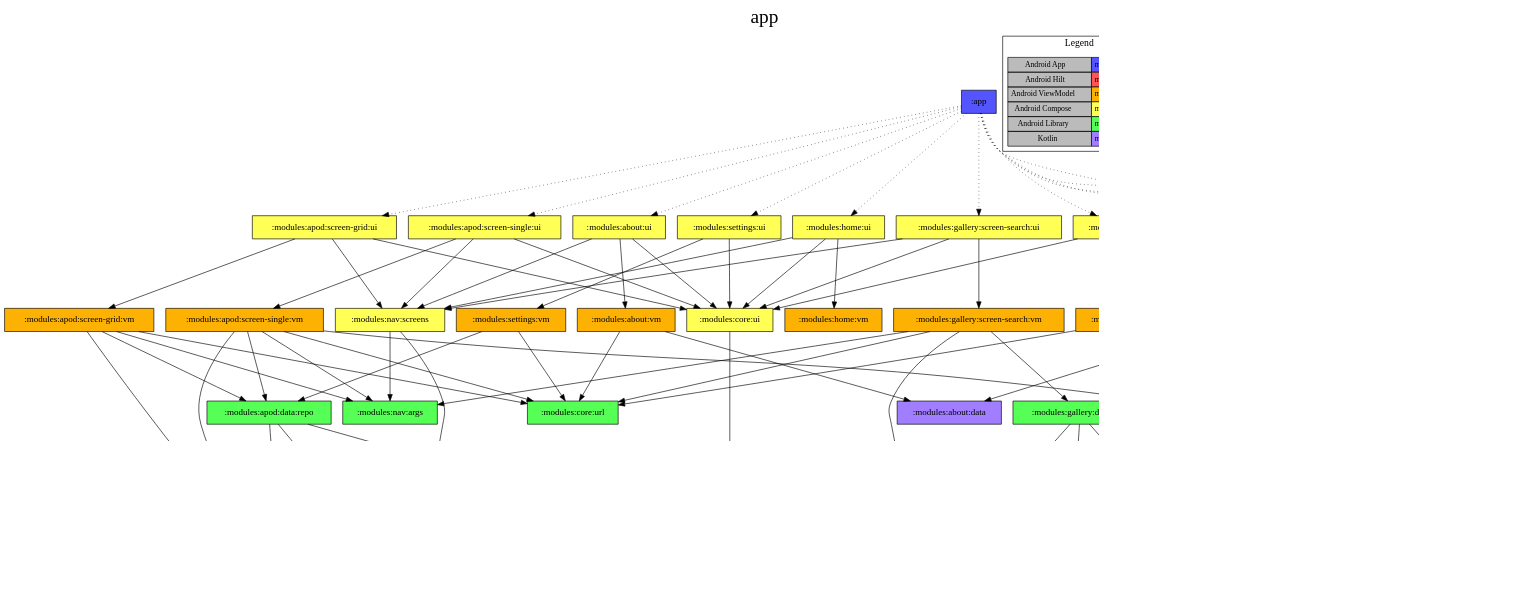
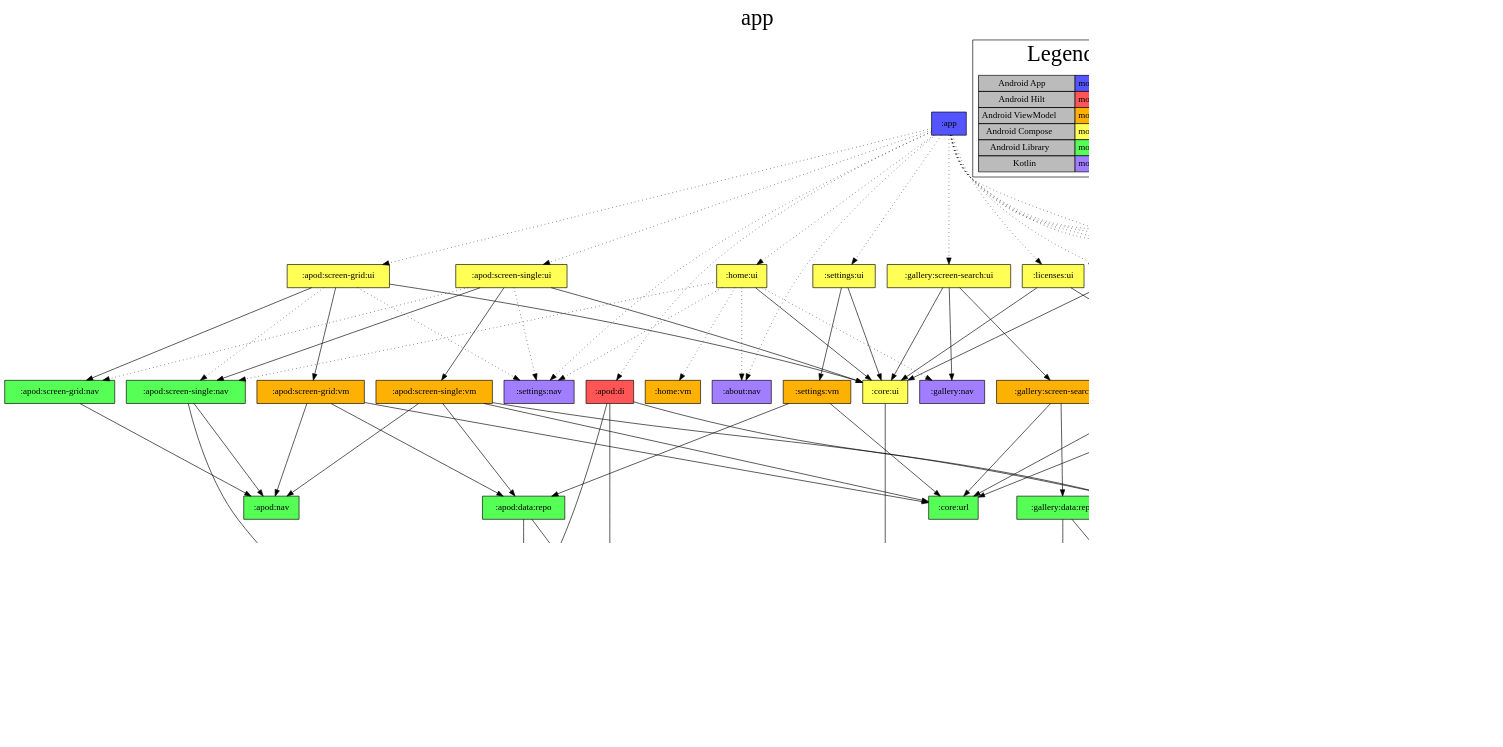
Before and after one commit to jonapoul/nasa-android: the diagram in app/project-dependency-graph.dot, drawn with Graphviz. The commit also changed 62 other files, not shown here.

```diff
--- a/app/project-dependency-graph.dot
+++ b/app/project-dependency-graph.dot
@@ -1,132 +1,144 @@
 digraph {
 edge ["dir"="forward"]
-graph ["dpi"="100","label"="app","labelloc"="t","fontsize"="30","ranksep"="1.5"]
-node ["style"="filled"]
-":app" ["shape"="box","fillcolor"="#5555FF"]
-":modules:about:di" ["fillcolor"="#FF5555","shape"="box"]
-":modules:about:data" ["fillcolor"="#A17EFF","shape"="box"]
-":modules:core:http" ["fillcolor"="#A17EFF","shape"="box"]
-":modules:about:ui" ["fillcolor"="#FFFF55","shape"="box"]
-":modules:about:vm" ["fillcolor"="#FCB103","shape"="box"]
-":modules:core:url" ["fillcolor"="#55FF55","shape"="box"]
-":modules:core:ui" ["fillcolor"="#FFFF55","shape"="box"]
-":modules:core:model" ["fillcolor"="#A17EFF","shape"="box"]
-":modules:nav:screens" ["fillcolor"="#FFFF55","shape"="box"]
-":modules:apod:model" ["fillcolor"="#A17EFF","shape"="box"]
-":modules:nav:args" ["fillcolor"="#55FF55","shape"="box"]
-":modules:apod:di" ["fillcolor"="#FF5555","shape"="box"]
-":modules:apod:data:api" ["fillcolor"="#A17EFF","shape"="box"]
-":modules:apod:data:db" ["fillcolor"="#55FF55","shape"="box"]
-":modules:apod:screen-grid:ui" ["fillcolor"="#FFFF55","shape"="box"]
-":modules:apod:screen-grid:vm" ["fillcolor"="#FCB103","shape"="box"]
-":modules:apod:data:repo" ["fillcolor"="#55FF55","shape"="box"]
-":modules:apod:screen-single:ui" ["fillcolor"="#FFFF55","shape"="box"]
-":modules:apod:screen-single:vm" ["fillcolor"="#FCB103","shape"="box"]
-":modules:gallery:di" ["fillcolor"="#FF5555","shape"="box"]
-":modules:gallery:data:api" ["fillcolor"="#A17EFF","shape"="box"]
-":modules:gallery:model" ["fillcolor"="#A17EFF","shape"="box"]
-":modules:gallery:data:db" ["fillcolor"="#55FF55","shape"="box"]
-":modules:gallery:screen-search:ui" ["fillcolor"="#FFFF55","shape"="box"]
-":modules:gallery:screen-search:vm" ["fillcolor"="#FCB103","shape"="box"]
-":modules:gallery:data:repo" ["fillcolor"="#55FF55","shape"="box"]
-":modules:home:ui" ["fillcolor"="#FFFF55","shape"="box"]
-":modules:home:vm" ["fillcolor"="#FCB103","shape"="box"]
-":modules:licenses:di" ["fillcolor"="#FF5555","shape"="box"]
-":modules:licenses:data" ["fillcolor"="#A17EFF","shape"="box"]
-":modules:licenses:ui" ["fillcolor"="#FFFF55","shape"="box"]
-":modules:licenses:vm" ["fillcolor"="#FCB103","shape"="box"]
-":modules:settings:ui" ["fillcolor"="#FFFF55","shape"="box"]
-":modules:settings:vm" ["fillcolor"="#FCB103","shape"="box"]
+graph ["dpi"="100","label"="app","labelloc"="t","fontsize"="35","ranksep"="2.0"]
+node ["style"="filled","shape"="box"]
+":app" ["shape"="rectangle","fillcolor"="#5555FF"]
+":about:di" ["fillcolor"="#FF5555"]
+":about:data" ["fillcolor"="#A17EFF"]
+":core:http" ["fillcolor"="#A17EFF"]
+":about:nav" ["fillcolor"="#A17EFF"]
+":about:ui" ["fillcolor"="#FFFF55"]
+":about:vm" ["fillcolor"="#FCB103"]
+":core:url" ["fillcolor"="#55FF55"]
+":core:ui" ["fillcolor"="#FFFF55"]
+":core:model" ["fillcolor"="#A17EFF"]
+":licenses:nav" ["fillcolor"="#A17EFF"]
+":apod:di" ["fillcolor"="#FF5555"]
+":apod:data:api" ["fillcolor"="#A17EFF"]
+":apod:model" ["fillcolor"="#A17EFF"]
+":apod:data:db" ["fillcolor"="#55FF55"]
+":apod:screen-grid:ui" ["fillcolor"="#FFFF55"]
+":apod:screen-grid:nav" ["fillcolor"="#55FF55"]
+":apod:nav" ["fillcolor"="#55FF55"]
+":apod:screen-grid:vm" ["fillcolor"="#FCB103"]
+":apod:data:repo" ["fillcolor"="#55FF55"]
+":apod:screen-single:nav" ["fillcolor"="#55FF55"]
+":settings:nav" ["fillcolor"="#A17EFF"]
+":apod:screen-single:ui" ["fillcolor"="#FFFF55"]
+":apod:screen-single:vm" ["fillcolor"="#FCB103"]
+":gallery:di" ["fillcolor"="#FF5555"]
+":gallery:data:api" ["fillcolor"="#A17EFF"]
+":gallery:model" ["fillcolor"="#A17EFF"]
+":gallery:data:db" ["fillcolor"="#55FF55"]
+":gallery:screen-search:ui" ["fillcolor"="#FFFF55"]
+":gallery:nav" ["fillcolor"="#A17EFF"]
+":gallery:screen-search:vm" ["fillcolor"="#FCB103"]
+":gallery:data:repo" ["fillcolor"="#55FF55"]
+":home:nav" ["fillcolor"="#A17EFF"]
+":home:ui" ["fillcolor"="#FFFF55"]
+":home:vm" ["fillcolor"="#FCB103"]
+":licenses:di" ["fillcolor"="#FF5555"]
+":licenses:data" ["fillcolor"="#A17EFF"]
+":licenses:ui" ["fillcolor"="#FFFF55"]
+":licenses:vm" ["fillcolor"="#FCB103"]
+":settings:ui" ["fillcolor"="#FFFF55"]
+":settings:vm" ["fillcolor"="#FCB103"]
 {
 edge ["dir"="none"]
 graph ["rank"="same"]
 ":app"
 }
 subgraph "cluster_legend" {
 edge ["dir"="none"]
-graph ["label"="Legend","fontsize"="15"]
-"Legend" ["style"="filled","fillcolor"="#bbbbbb","shape"="none","margin"="0","fontsize"="12","label"=<
+graph ["label"="Legend"]
+"Legend" ["style"="filled","fillcolor"="#bbbbbb","shape"="none","margin"="0","label"=<
 <TABLE BORDER="0" CELLBORDER="1" CELLSPACING="0" CELLPADDING="4">
 <TR><TD>Android App</TD><TD BGCOLOR="#5555FF">module-name</TD></TR>
 <TR><TD>Android Hilt</TD><TD BGCOLOR="#FF5555">module-name</TD></TR>
 <TR><TD>Android ViewModel</TD><TD BGCOLOR="#FCB103">module-name</TD></TR>
 <TR><TD>Android Compose</TD><TD BGCOLOR="#FFFF55">module-name</TD></TR>
 <TR><TD>Android Library</TD><TD BGCOLOR="#55FF55">module-name</TD></TR>
 <TR><TD>Kotlin</TD><TD BGCOLOR="#A17EFF">module-name</TD></TR>
 </TABLE>
 >]
 }
-":app" -> ":modules:about:di" ["style"="dotted"]
-":app" -> ":modules:about:ui" ["style"="dotted"]
-":app" -> ":modules:apod:di" ["style"="dotted"]
-":app" -> ":modules:apod:screen-grid:ui" ["style"="dotted"]
-":app" -> ":modules:apod:screen-single:ui" ["style"="dotted"]
-":app" -> ":modules:gallery:di" ["style"="dotted"]
-":app" -> ":modules:gallery:screen-search:ui" ["style"="dotted"]
-":app" -> ":modules:home:ui" ["style"="dotted"]
-":app" -> ":modules:licenses:di" ["style"="dotted"]
-":app" -> ":modules:licenses:ui" ["style"="dotted"]
-":app" -> ":modules:settings:ui" ["style"="dotted"]
-":modules:about:di" -> ":modules:about:data"
-":modules:about:di" -> ":modules:core:http"
-":modules:about:ui" -> ":modules:about:vm"
-":modules:about:ui" -> ":modules:core:ui"
-":modules:about:ui" -> ":modules:nav:screens"
-":modules:about:vm" -> ":modules:about:data"
-":modules:about:vm" -> ":modules:core:url"
-":modules:core:ui" -> ":modules:core:model"
-":modules:nav:screens" -> ":modules:apod:model"
-":modules:nav:screens" -> ":modules:nav:args"
-":modules:apod:di" -> ":modules:apod:data:api"
-":modules:apod:di" -> ":modules:apod:data:db"
-":modules:apod:di" -> ":modules:core:http"
-":modules:apod:data:api" -> ":modules:apod:model"
-":modules:apod:data:api" -> ":modules:core:model"
-":modules:apod:data:db" -> ":modules:apod:model"
-":modules:apod:screen-grid:ui" -> ":modules:apod:screen-grid:vm"
-":modules:apod:screen-grid:ui" -> ":modules:core:ui"
-":modules:apod:screen-grid:ui" -> ":modules:nav:screens"
-":modules:apod:screen-grid:vm" -> ":modules:apod:data:repo"
-":modules:apod:screen-grid:vm" -> ":modules:apod:model"
-":modules:apod:screen-grid:vm" -> ":modules:core:url"
-":modules:apod:screen-grid:vm" -> ":modules:nav:args"
-":modules:apod:data:repo" -> ":modules:apod:data:api"
-":modules:apod:data:repo" -> ":modules:apod:data:db"
-":modules:apod:data:repo" -> ":modules:apod:model"
-":modules:apod:screen-single:ui" -> ":modules:apod:screen-single:vm"
-":modules:apod:screen-single:ui" -> ":modules:core:ui"
-":modules:apod:screen-single:ui" -> ":modules:nav:screens"
-":modules:apod:screen-single:vm" -> ":modules:apod:data:repo"
-":modules:apod:screen-single:vm" -> ":modules:apod:model"
-":modules:apod:screen-single:vm" -> ":modules:core:http"
-":modules:apod:screen-single:vm" -> ":modules:core:url"
-":modules:apod:screen-single:vm" -> ":modules:nav:args"
-":modules:gallery:di" -> ":modules:gallery:data:api"
-":modules:gallery:di" -> ":modules:gallery:data:db"
-":modules:gallery:di" -> ":modules:core:http"
-":modules:gallery:data:api" -> ":modules:gallery:model"
-":modules:gallery:data:api" -> ":modules:core:model"
-":modules:gallery:data:db" -> ":modules:gallery:model"
-":modules:gallery:screen-search:ui" -> ":modules:gallery:screen-search:vm"
-":modules:gallery:screen-search:ui" -> ":modules:core:ui"
-":modules:gallery:screen-search:ui" -> ":modules:nav:screens"
-":modules:gallery:screen-search:vm" -> ":modules:gallery:data:repo"
-":modules:gallery:screen-search:vm" -> ":modules:gallery:model"
-":modules:gallery:screen-search:vm" -> ":modules:core:url"
-":modules:gallery:screen-search:vm" -> ":modules:nav:args"
-":modules:gallery:data:repo" -> ":modules:gallery:data:api"
-":modules:gallery:data:repo" -> ":modules:gallery:data:db"
-":modules:gallery:data:repo" -> ":modules:gallery:model"
-":modules:home:ui" -> ":modules:home:vm"
-":modules:home:ui" -> ":modules:core:ui"
-":modules:home:ui" -> ":modules:nav:screens"
-":modules:licenses:di" -> ":modules:licenses:data"
-":modules:licenses:ui" -> ":modules:core:ui"
-":modules:licenses:ui" -> ":modules:licenses:vm"
-":modules:licenses:vm" -> ":modules:core:url"
-":modules:licenses:vm" -> ":modules:licenses:data"
-":modules:settings:ui" -> ":modules:core:ui"
-":modules:settings:ui" -> ":modules:settings:vm"
-":modules:settings:vm" -> ":modules:core:url"
-":modules:settings:vm" -> ":modules:apod:data:repo"
+":app" -> ":about:di" ["style"="dotted"]
+":app" -> ":about:nav" ["style"="dotted"]
+":app" -> ":about:ui" ["style"="dotted"]
+":app" -> ":apod:di" ["style"="dotted"]
+":app" -> ":apod:screen-grid:ui" ["style"="dotted"]
+":app" -> ":apod:screen-single:ui" ["style"="dotted"]
+":app" -> ":gallery:di" ["style"="dotted"]
+":app" -> ":gallery:screen-search:ui" ["style"="dotted"]
+":app" -> ":home:nav" ["style"="dotted"]
+":app" -> ":home:ui" ["style"="dotted"]
+":app" -> ":licenses:di" ["style"="dotted"]
+":app" -> ":licenses:nav" ["style"="dotted"]
+":app" -> ":licenses:ui" ["style"="dotted"]
+":app" -> ":settings:nav" ["style"="dotted"]
+":app" -> ":settings:ui" ["style"="dotted"]
+":about:di" -> ":about:data"
+":about:di" -> ":core:http"
+":about:ui" -> ":about:vm"
+":about:ui" -> ":core:ui"
+":about:ui" -> ":licenses:nav" ["style"="dotted"]
+":about:vm" -> ":about:data"
+":about:vm" -> ":core:url"
+":core:ui" -> ":core:model"
+":apod:di" -> ":apod:data:api"
+":apod:di" -> ":apod:data:db"
+":apod:di" -> ":core:http"
+":apod:data:api" -> ":apod:model"
+":apod:data:api" -> ":core:model"
+":apod:data:db" -> ":apod:model"
+":apod:screen-grid:ui" -> ":apod:screen-grid:nav"
+":apod:screen-grid:ui" -> ":apod:screen-grid:vm"
+":apod:screen-grid:ui" -> ":core:ui"
+":apod:screen-grid:ui" -> ":apod:screen-single:nav" ["style"="dotted"]
+":apod:screen-grid:ui" -> ":settings:nav" ["style"="dotted"]
+":apod:screen-grid:nav" -> ":apod:nav"
+":apod:screen-grid:vm" -> ":apod:data:repo"
+":apod:screen-grid:vm" -> ":apod:nav"
+":apod:screen-grid:vm" -> ":core:url"
+":apod:data:repo" -> ":apod:data:api"
+":apod:data:repo" -> ":apod:data:db"
+":apod:screen-single:nav" -> ":apod:model"
+":apod:screen-single:nav" -> ":apod:nav"
+":apod:screen-single:ui" -> ":apod:screen-single:nav"
+":apod:screen-single:ui" -> ":apod:screen-single:vm"
+":apod:screen-single:ui" -> ":core:ui"
+":apod:screen-single:ui" -> ":apod:screen-grid:nav" ["style"="dotted"]
+":apod:screen-single:ui" -> ":settings:nav" ["style"="dotted"]
+":apod:screen-single:vm" -> ":apod:data:repo"
+":apod:screen-single:vm" -> ":apod:nav"
+":apod:screen-single:vm" -> ":core:http"
+":apod:screen-single:vm" -> ":core:url"
+":gallery:di" -> ":gallery:data:api"
+":gallery:di" -> ":gallery:data:db"
+":gallery:di" -> ":core:http"
+":gallery:data:api" -> ":gallery:model"
+":gallery:data:api" -> ":core:model"
+":gallery:data:db" -> ":gallery:model"
+":gallery:screen-search:ui" -> ":gallery:nav"
+":gallery:screen-search:ui" -> ":gallery:screen-search:vm"
+":gallery:screen-search:ui" -> ":core:ui"
+":gallery:screen-search:vm" -> ":gallery:data:repo"
+":gallery:screen-search:vm" -> ":core:url"
+":gallery:data:repo" -> ":gallery:data:api"
+":gallery:data:repo" -> ":gallery:data:db"
+":home:ui" -> ":core:ui"
+":home:ui" -> ":about:nav" ["style"="dotted"]
+":home:ui" -> ":apod:screen-single:nav" ["style"="dotted"]
+":home:ui" -> ":gallery:nav" ["style"="dotted"]
+":home:ui" -> ":home:vm" ["style"="dotted"]
+":home:ui" -> ":settings:nav" ["style"="dotted"]
+":licenses:di" -> ":licenses:data"
+":licenses:ui" -> ":core:ui"
+":licenses:ui" -> ":licenses:vm"
+":licenses:vm" -> ":core:url"
+":licenses:vm" -> ":licenses:data"
+":settings:ui" -> ":core:ui"
+":settings:ui" -> ":settings:vm"
+":settings:vm" -> ":core:url"
+":settings:vm" -> ":apod:data:repo"
 }
```
